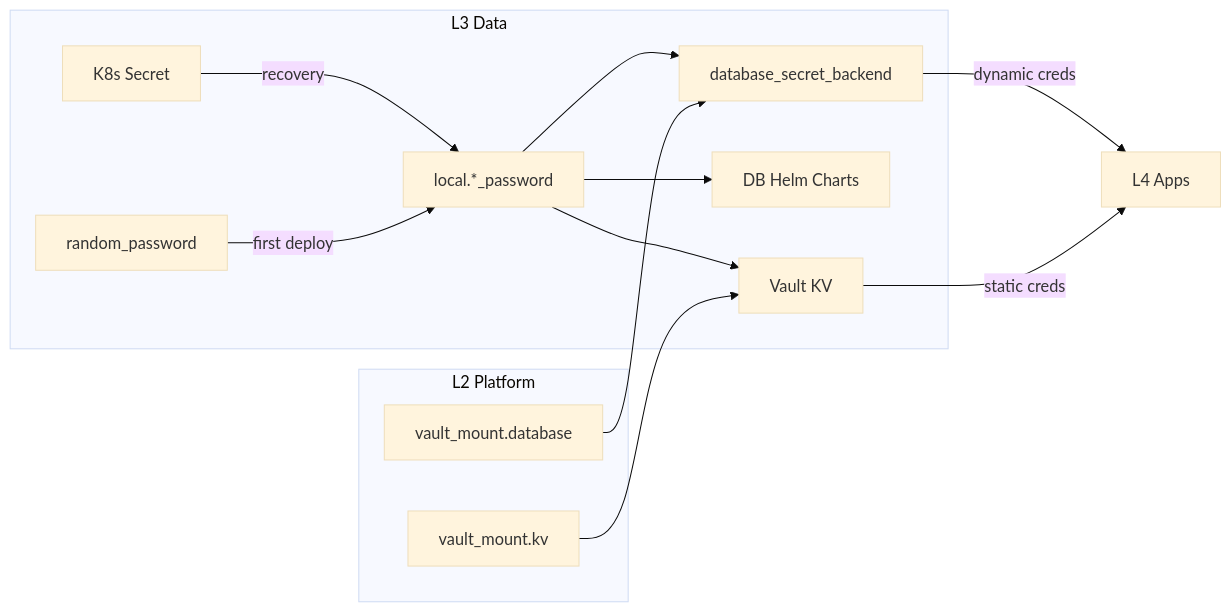
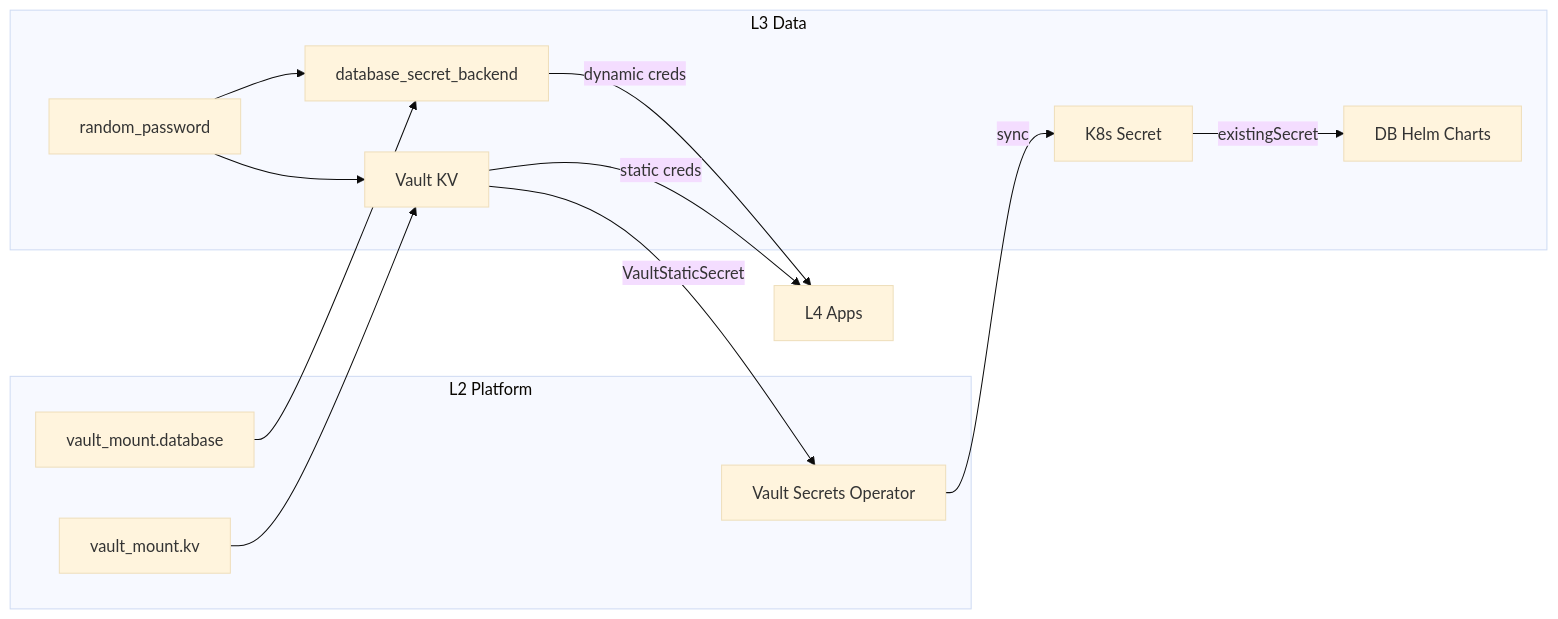
The diagram in envs/prod/3.data/README.md (wangzitian0/infra), drawn with Mermaid (base theme) before and after one commit. The commit also changed other lines of this file and 25 other files, not shown here.

First line of the commit message:
feat(vso): implement Vault Secrets Operator for password sync (#352)

````diff
--- a/envs/prod/3.data/README.md
+++ b/envs/prod/3.data/README.md
@@ -21,18 +21,19 @@
 ```mermaid
 graph LR
     subgraph "L2 Platform"
         VM[vault_mount.kv]
         VD[vault_mount.database]
+        VSO[Vault Secrets Operator]
     end
     subgraph "L3 Data"
-        K8S[K8s Secret] --> |recovery| LOCAL[local.*_password]
-        RND[random_password] --> |first deploy| LOCAL
-        LOCAL --> KV[Vault KV]
-        LOCAL --> HELM[DB Helm Charts]
-        LOCAL --> DB_CFG[database_secret_backend]
+        RND[random_password] --> KV[Vault KV]
+        KV --> |VaultStaticSecret| VSO
+        VSO --> |sync| K8S[K8s Secret]
+        K8S --> |existingSecret| HELM[DB Helm Charts]
+        RND --> DB_CFG[database_secret_backend]
     end
     VM --> KV
     VD --> DB_CFG
     DB_CFG --> |dynamic creds| L4[L4 Apps]
     KV --> |static creds| L4
 ```
````
